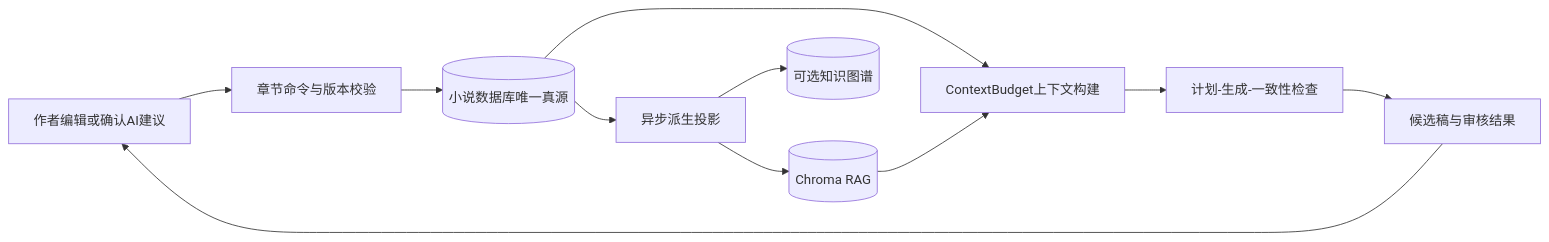
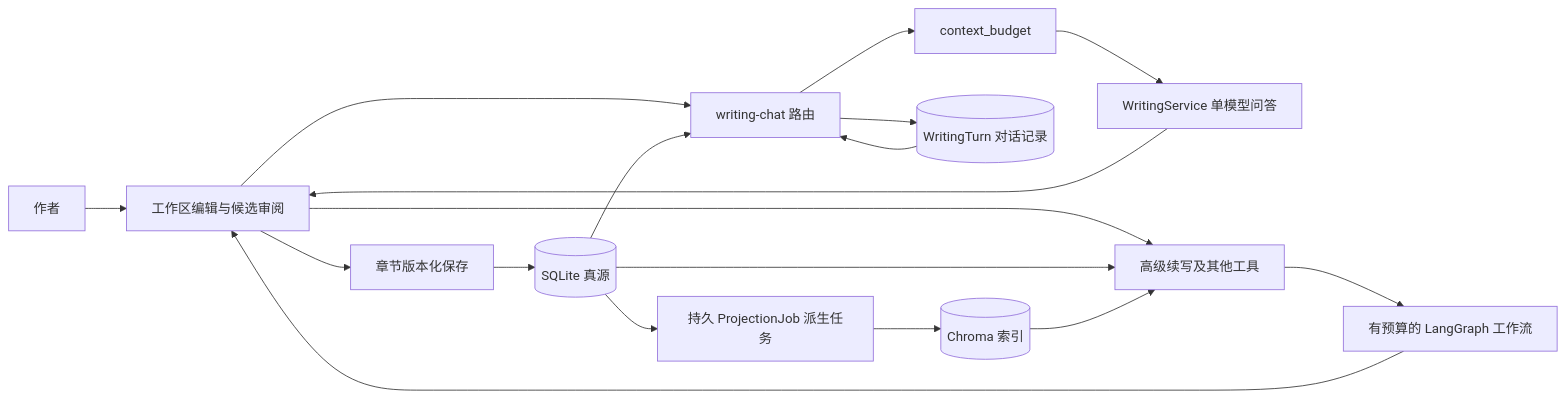
Before and after one commit to HXSLtim/Moshu: the diagram in ARCHITECTURE.md, drawn with Mermaid. The commit also changed other lines of this file and 195 other files, not shown here.

````diff
--- a/ARCHITECTURE.md
+++ b/ARCHITECTURE.md
@@ -16,13 +16,20 @@
 ```mermaid
 flowchart LR
-    Author[作者编辑或确认AI建议] --> Command[章节命令与版本校验]
-    Command --> DB[(小说数据库唯一真源)]
-    DB --> Projection[异步派生投影]
-    Projection --> RAG[(Chroma RAG)]
-    Projection --> Graph[(可选知识图谱)]
-    DB --> Context[ContextBudget上下文构建]
-    RAG --> Context
-    Context --> Workflow[计划-生成-一致性检查]
-    Workflow --> Proposal[候选稿与审核结果]
-    Proposal --> Author
+    Author[作者] --> Editor[工作区编辑与候选审阅]
+    Editor --> Save[章节版本化保存]
+    Save --> DB[(SQLite 真源)]
+    DB --> Projection[持久 ProjectionJob 派生任务]
+    Projection --> RAG[(Chroma 索引)]
+    Editor --> Chat[writing-chat 路由]
+    Chat --> History[(WritingTurn 对话记录)]
+    DB --> Chat
+    History --> Chat
+    Chat --> Budget[context_budget]
+    Budget --> Single[WritingService 单模型问答]
+    Single --> Editor
+    Editor --> Tools[高级续写及其他工具]
+    DB --> Tools
+    RAG --> Tools
+    Tools --> Workflow[有预算的 LangGraph 工作流]
+    Workflow --> Editor
 ```
````
